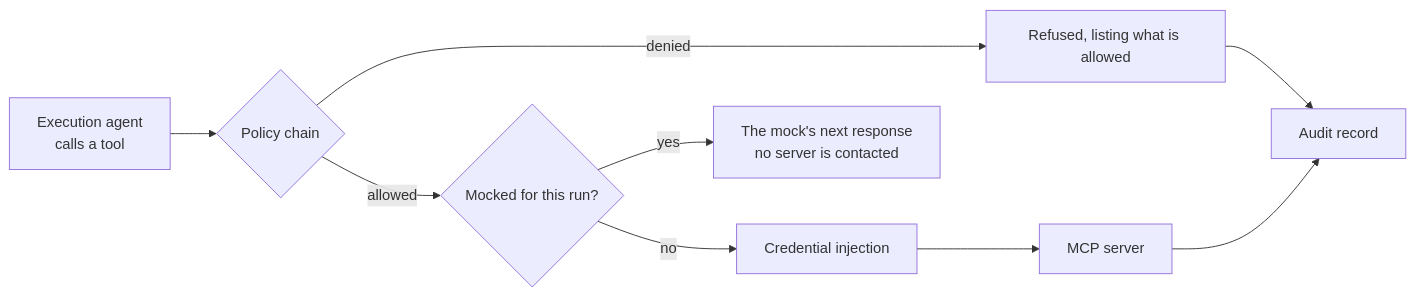
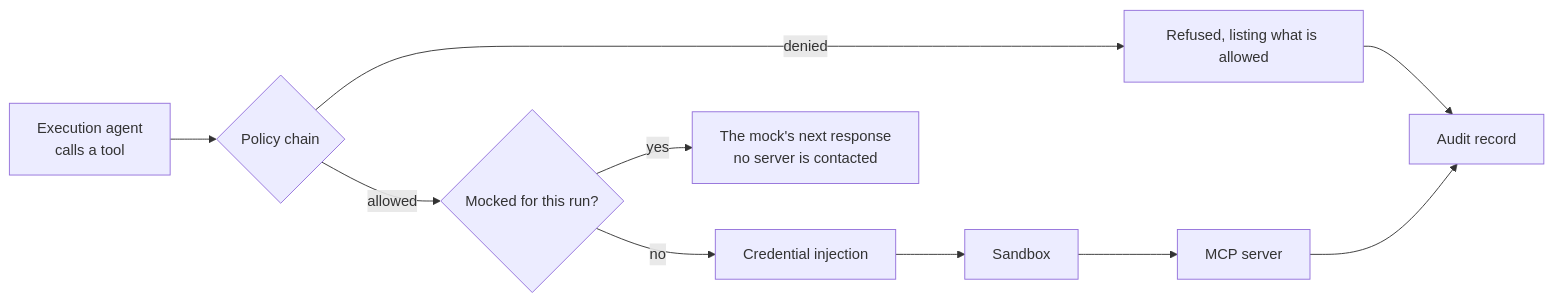
One commit to kaitoy/a2flow changed the first of 3 diagrams in website/docs/architecture/mcp-proxy.md. Above: the diagram before and after it, drawn with Mermaid. The commit also changed other lines of this file and 9 other files, not shown here.

First line of the commit message:
Document the MCP sandbox in the manual

````diff
--- a/website/docs/architecture/mcp-proxy.md
+++ b/website/docs/architecture/mcp-proxy.md
@@ -10,11 +10,12 @@
 ```mermaid
 flowchart LR
   A["Execution agent<br/>calls a tool"] --> C{"Policy chain"}
   C -->|"denied"| R["Refused, listing what is allowed"]
   C -->|"allowed"| K{"Mocked for this run?"}
   K -->|"yes"| MO["The mock's next response<br/>no server is contacted"]
   K -->|"no"| I["Credential injection"]
-  I --> S["MCP server"]
+  I --> X["Sandbox"]
+  X --> S["MCP server"]
   R --> AU["Audit record"]
   S --> AU
 ```
````
